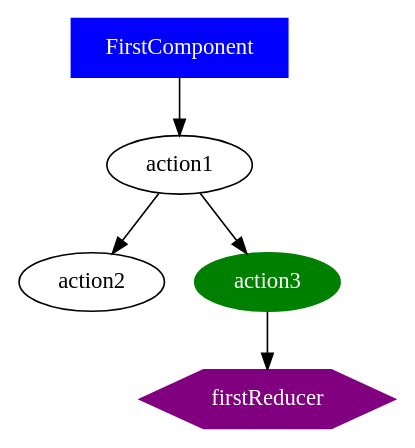
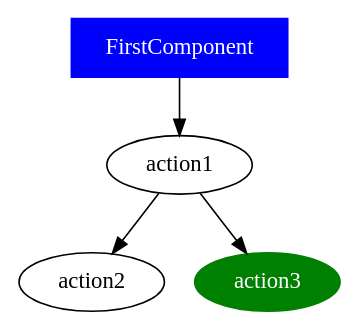
One commit to ammarnajjar/ngrx-graph changed the diagram in docs/examples/case1/action3.dot. Above: the diagram before and after it, drawn with Graphviz. The commit also changed 52 other files, not shown here.

```diff
--- a/docs/examples/case1/action3.dot
+++ b/docs/examples/case1/action3.dot
@@ -1,9 +1,7 @@
 digraph {
 FirstComponent [shape="box", color=blue, fillcolor=blue, fontcolor=white, style=filled]
-          FirstComponent -> action1
+FirstComponent -> action1
 action1 -> action2
 action3 [color=green, fillcolor=green, fontcolor=white, style=filled]
 action1 -> action3
-firstReducer [shape="hexagon", color=purple, fillcolor=purple, fontcolor=white, style=filled]
-          action3 -> firstReducer
 }
```
